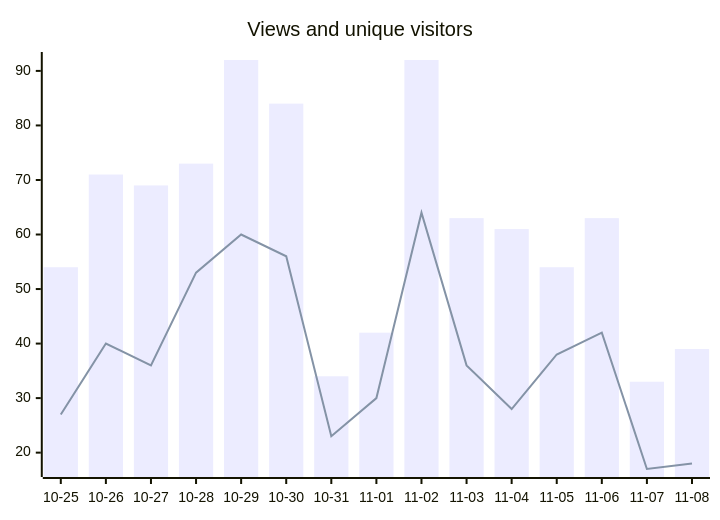
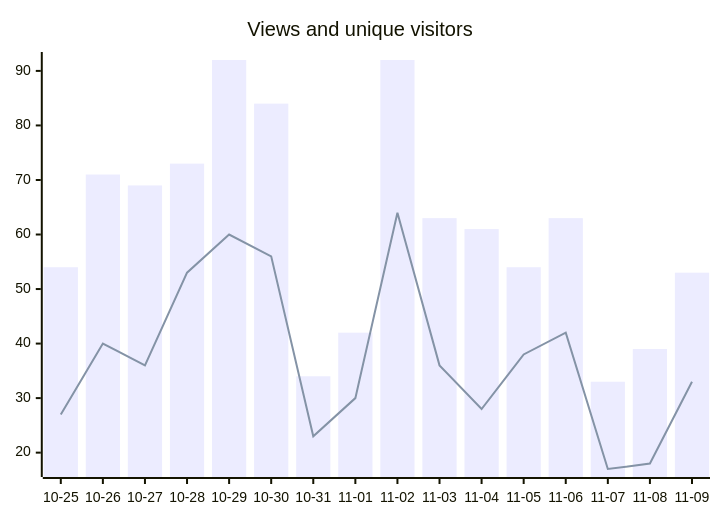
One commit to fmadore/Live-translation changed the second of 2 diagrams in README.md. Above: the diagram before and after it, drawn with Mermaid. The commit also changed other lines of this file and 3 other files, not shown here.

````diff
--- a/README.md
+++ b/README.md
@@ -73,7 +75,7 @@
 ```mermaid
 xychart-beta
     title "Views and unique visitors"
-    x-axis ["10-25", "10-26", "10-27", "10-28", "10-29", "10-30", "10-31", "11-01", "11-02", "11-03", "11-04", "11-05", "11-06", "11-07", "11-08"]
-    bar [54, 71, 69, 73, 92, 84, 34, 42, 92, 63, 61, 54, 63, 33, 39]
-    line [27, 40, 36, 53, 60, 56, 23, 30, 64, 36, 28, 38, 42, 17, 18]
+    x-axis ["10-25", "10-26", "10-27", "10-28", "10-29", "10-30", "10-31", "11-01", "11-02", "11-03", "11-04", "11-05", "11-06", "11-07", "11-08", "11-09"]
+    bar [54, 71, 69, 73, 92, 84, 34, 42, 92, 63, 61, 54, 63, 33, 39, 53]
+    line [27, 40, 36, 53, 60, 56, 23, 30, 64, 36, 28, 38, 42, 17, 18, 33]
 ```
````
